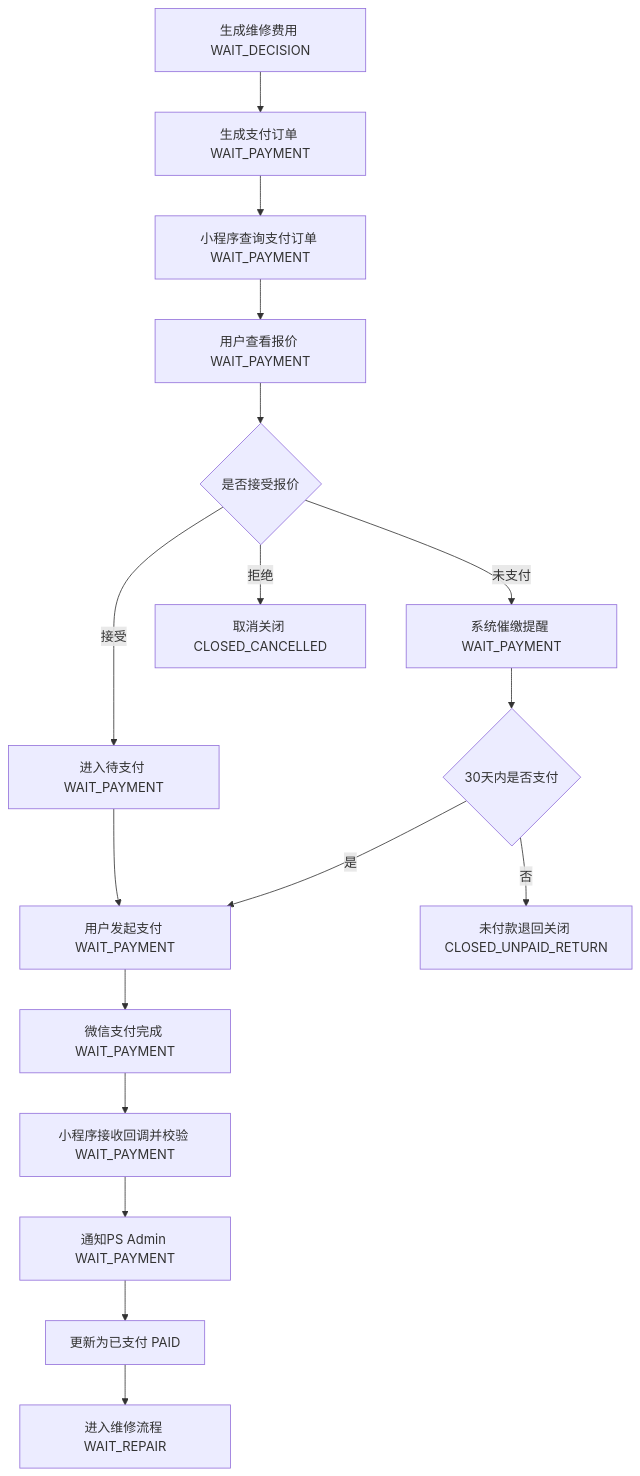
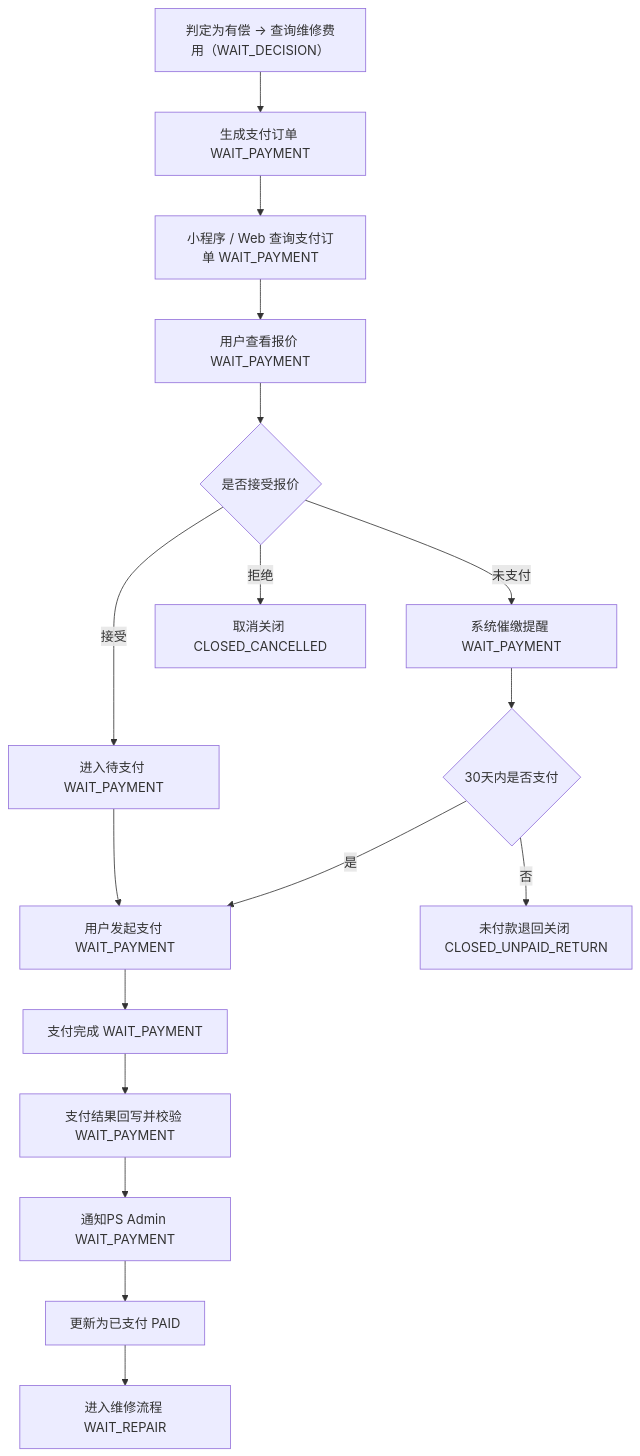
Before and after one commit to guguohai/gmps: the sixth of 30 diagrams in 文档/GM系统需求说明.md, drawn with Mermaid. The commit also changed other lines of this file, not shown here.

````diff
--- a/文档/GM系统需求说明.md
+++ b/文档/GM系统需求说明.md
@@ -388,27 +382,27 @@
 ```mermaid
 flowchart TD
 
-A[生成维修费用 WAIT_DECISION] --> B[生成支付订单 WAIT_PAYMENT]
-B --> C[小程序查询支付订单 WAIT_PAYMENT]
+A[判定为有偿 → 查询维修费用（WAIT_DECISION）] --> B[生成支付订单 WAIT_PAYMENT]
+B --> C[小程序 / Web 查询支付订单 WAIT_PAYMENT]
 C --> D[用户查看报价 WAIT_PAYMENT]
 
 D --> E{是否接受报价}
 
 E -->|接受| F[进入待支付 WAIT_PAYMENT]
 F --> G[用户发起支付 WAIT_PAYMENT]
-G --> H[微信支付完成 WAIT_PAYMENT]
+G --> H[支付完成 WAIT_PAYMENT]
 
-H --> I[小程序接收回调并校验 WAIT_PAYMENT]
+H --> I[支付结果回写并校验 WAIT_PAYMENT]
 I --> J[通知PS Admin WAIT_PAYMENT]
 
 J --> K[更新为已支付 PAID]
 K --> L[进入维修流程 WAIT_REPAIR]
 
 E -->|未支付| M[系统催缴提醒 WAIT_PAYMENT]
 M --> N{30天内是否支付}
 
 N -->|是| G
 N -->|否| O[未付款退回关闭 CLOSED_UNPAID_RETURN]
 
 E -->|拒绝| P[取消关闭 CLOSED_CANCELLED]
 ```
````
